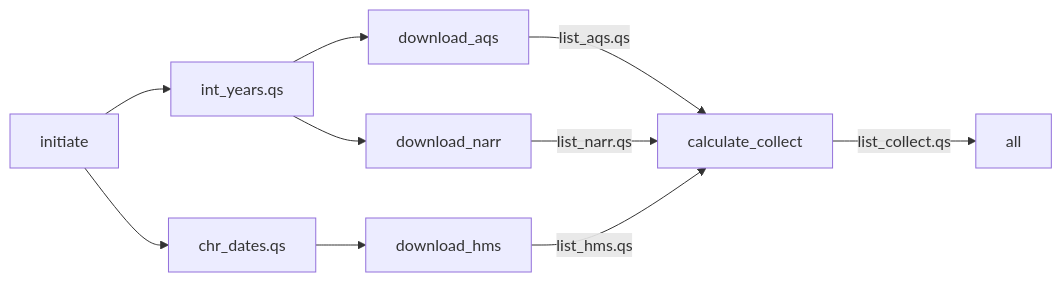
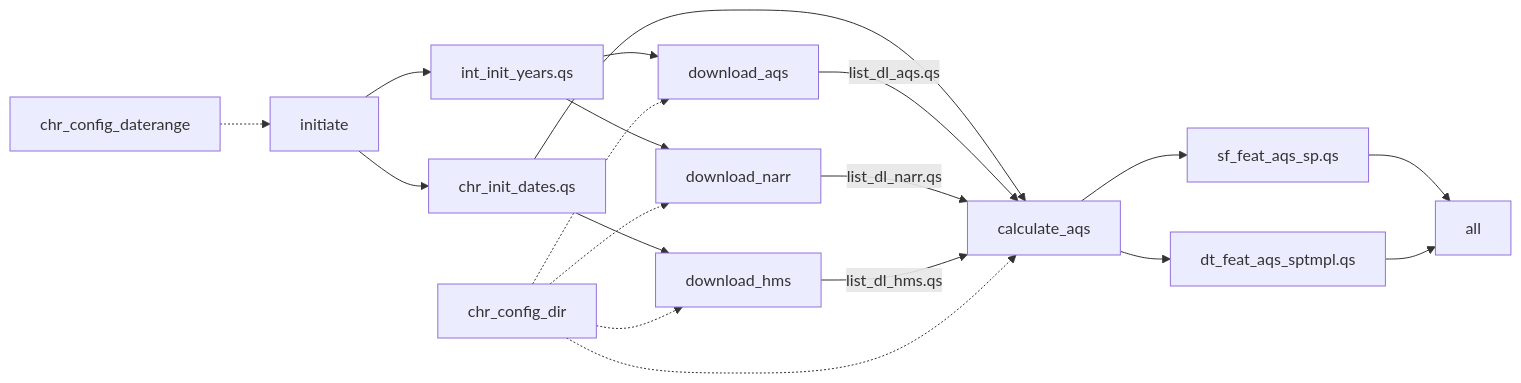
The diagram in README.md (mitchellmanware/beethoven-sm), drawn with Mermaid before and after one commit. The commit also changed other lines of this file, not shown here.

````diff
--- a/README.md
+++ b/README.md
@@ -54,15 +83,25 @@
 ```mermaid
 flowchart LR
-    initiate[initiate] --> years[int_years.qs]
-    initiate --> dates[chr_dates.qs]
+    date_config[chr_config_daterange] -.-> initiate[initiate]
+    initiate --> years[int_init_years.qs]
+    initiate --> dates[chr_init_dates.qs]
 
     dates --> hms[download_hms]
     years --> aqs[download_aqs]
     years --> narr[download_narr]
 
-    aqs -->|list_aqs.qs| collect[calculate_collect]
-    narr -->|list_narr.qs| collect
-    hms -->|list_hms.qs| collect
+    dates --> features[calculate_aqs]
+    aqs -->|list_dl_aqs.qs| features
+    narr -->|list_dl_narr.qs| features
+    hms -->|list_dl_hms.qs| features
 
-    collect -->|list_collect.qs| all[all]
+    features --> spatial[sf_feat_aqs_sp.qs]
+    features --> spatiotemporal[dt_feat_aqs_sptmpl.qs]
+    spatial --> all[all]
+    spatiotemporal --> all
+
+    dir_config[chr_config_dir] -.-> aqs
+    dir_config -.-> narr
+    dir_config -.-> hms
+    dir_config -.-> features
 ```
````
